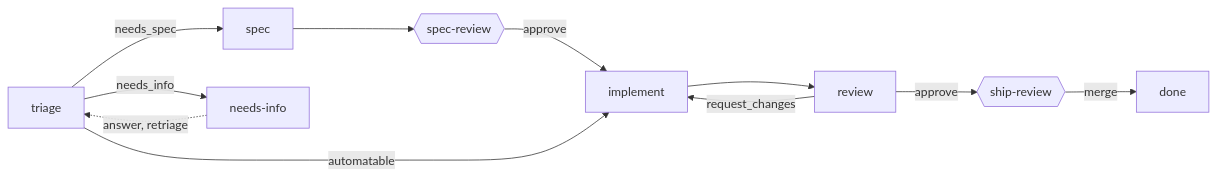
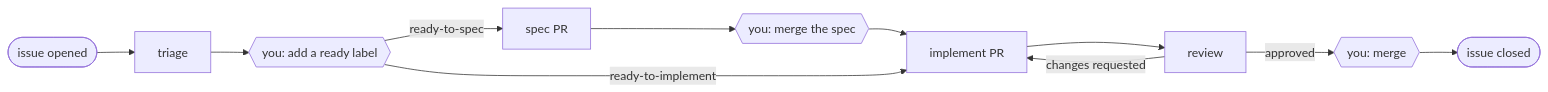
The diagram in README.md (ztcnrh/software-factory), drawn with Mermaid before and after one commit. The commit also changed other lines of this file and 36 other files, not shown here.

````diff
--- a/README.md
+++ b/README.md
@@ -5,7 +5,8 @@
 ```mermaid
 flowchart LR
-  T[triage] -->|needs_spec| S[spec] --> SR{{spec-review}} -->|approve| I[implement]
-  T -->|automatable| I --> R[review] -->|approve| SHR{{ship-review}} -->|merge| D[done]
-  R -->|request_changes| I
-  T -->|needs_info| N[needs-info] -.->|answer, retriage| T
+  O([issue opened]) --> T[triage] --> H1{{you: add a ready label}}
+  H1 -->|ready-to-spec| S[spec PR] --> H2{{you: merge the spec}} --> I
+  H1 -->|ready-to-implement| I[implement PR] --> R[review]
+  R -->|changes requested| I
+  R -->|approved| H3{{you: merge}} --> D([issue closed])
 ```
````
